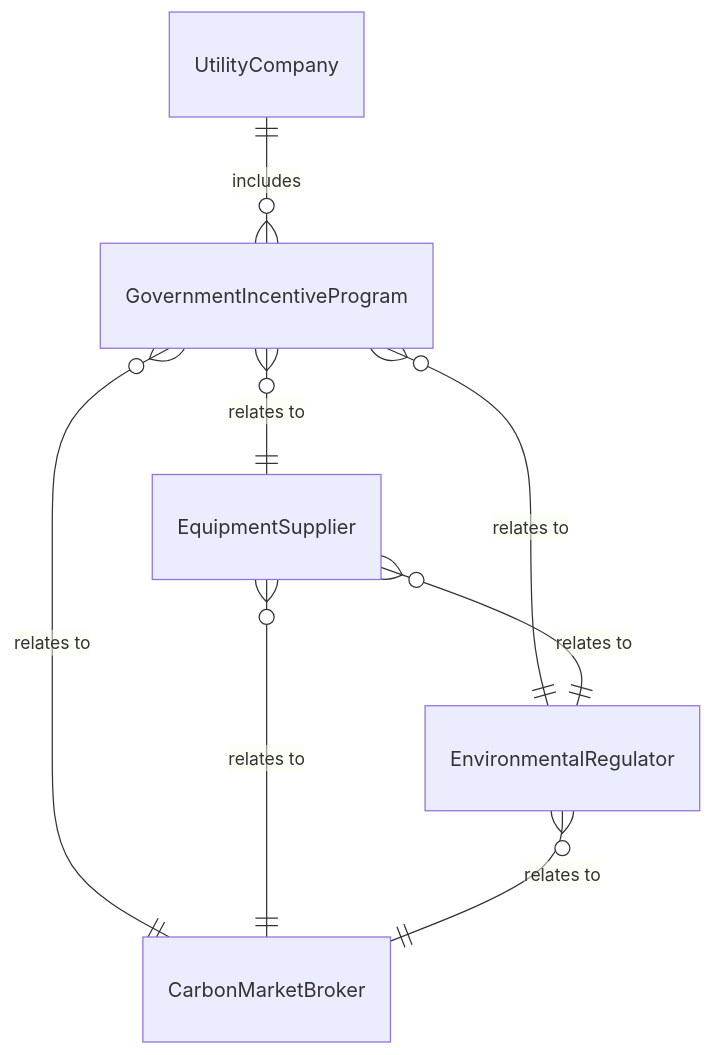
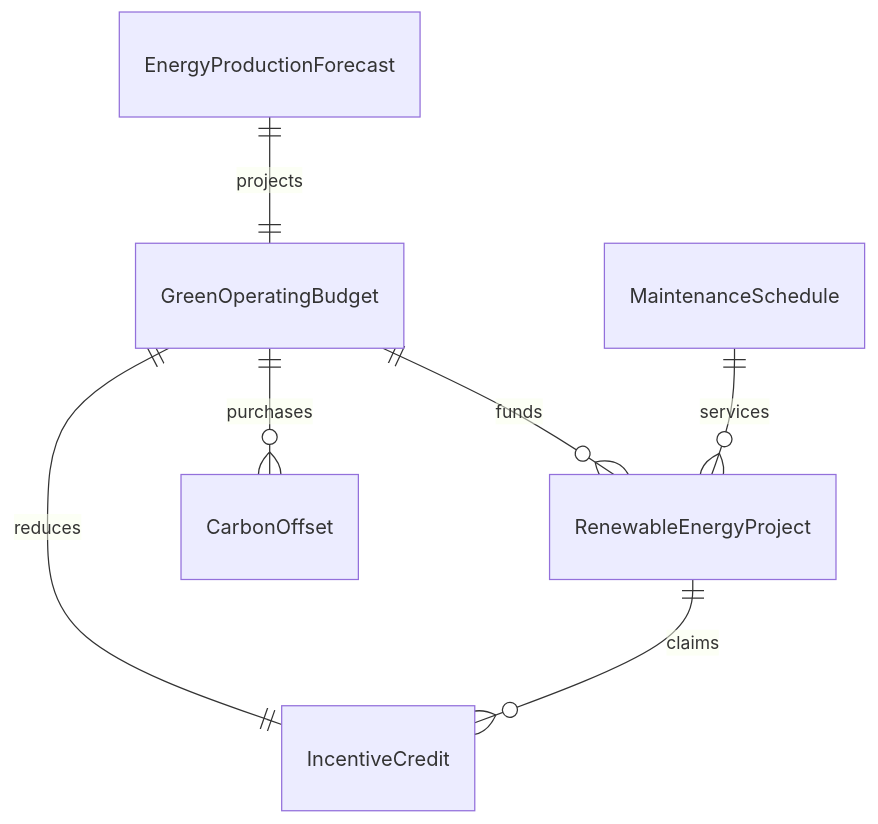
The first of 4 diagrams in GuidingDirectingAndMotivatingSubordinates/ManageBudgetsOrFinances/PrepareOperationalBudgetsGreenEnergy.mdx (dot-org-ai/tasks.org.ai), drawn with Mermaid before and after one commit. The commit also changed other lines of this file and 515 other files, not shown here.

````diff
--- a/GuidingDirectingAndMotivatingSubordinates/ManageBudgetsOrFinances/PrepareOperationalBudgetsGreenEnergy.mdx
+++ b/GuidingDirectingAndMotivatingSubordinates/ManageBudgetsOrFinances/PrepareOperationalBudgetsGreenEnergy.mdx
@@ -88,10 +88,9 @@
 ```mermaid
 erDiagram
-    UtilityCompany ||--o{ GovernmentIncentiveProgram : includes
-    GovernmentIncentiveProgram }o--|| EquipmentSupplier : "relates to"
-    GovernmentIncentiveProgram }o--|| EnvironmentalRegulator : "relates to"
-    GovernmentIncentiveProgram }o--|| CarbonMarketBroker : "relates to"
-    EquipmentSupplier }o--|| EnvironmentalRegulator : "relates to"
-    EquipmentSupplier }o--|| CarbonMarketBroker : "relates to"
-    EnvironmentalRegulator }o--|| CarbonMarketBroker : "relates to"
+    GreenOperatingBudget ||--o{ RenewableEnergyProject : "funds"
+    RenewableEnergyProject ||--o{ IncentiveCredit : "claims"
+    GreenOperatingBudget ||--o{ CarbonOffset : "purchases"
+    EnergyProductionForecast ||--|| GreenOperatingBudget : "projects"
+    MaintenanceSchedule ||--o{ RenewableEnergyProject : "services"
+    IncentiveCredit ||--|| GreenOperatingBudget : "reduces"
 ```
````
